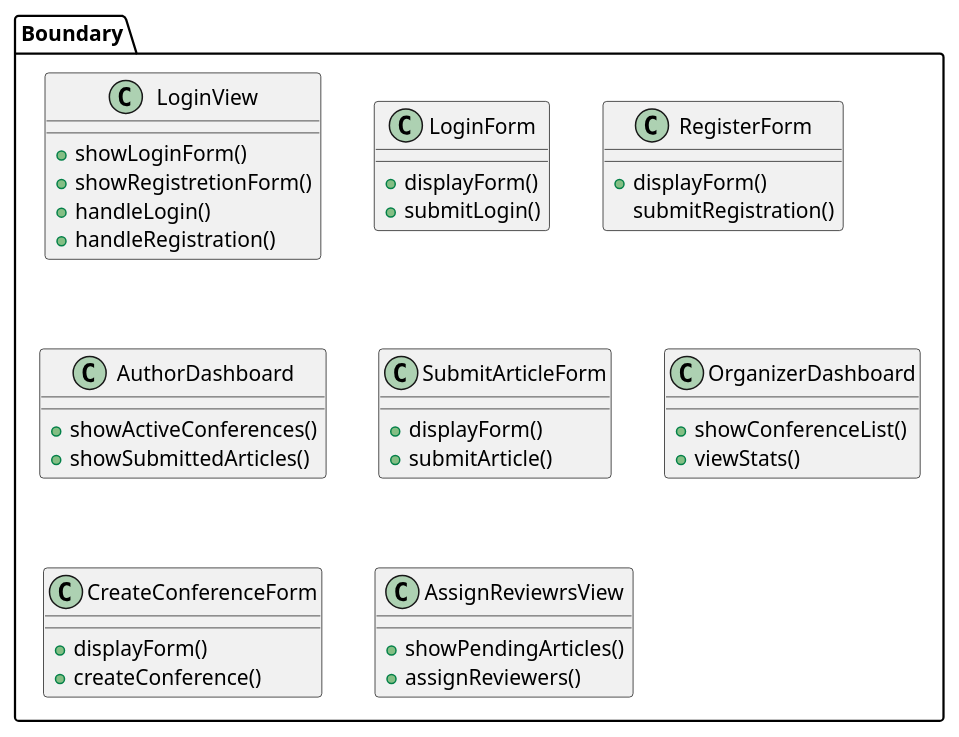
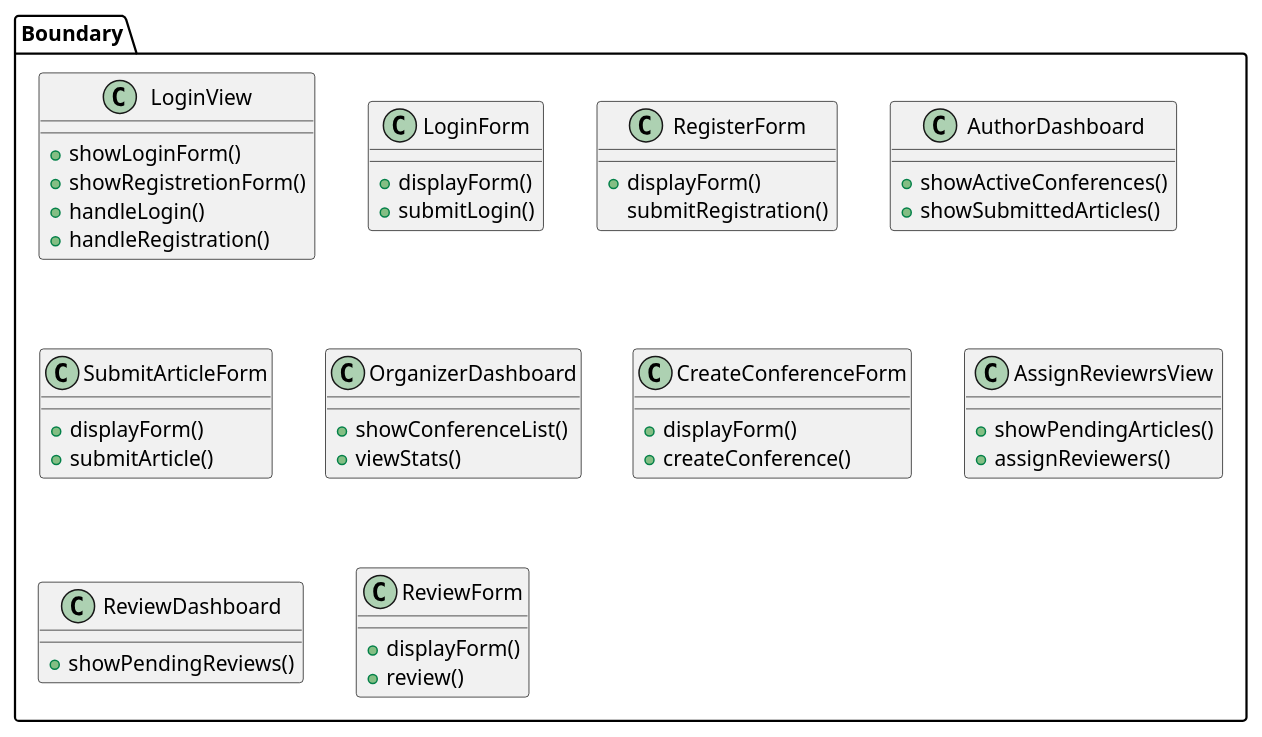
The diagram in VisualParadigm/diagramma_prg_boundary.puml (Air4x/Progetto_ISW), drawn with PlantUML before and after one commit. The commit also changed 1 other file, not shown here.

Commit message:
Modifiche documentazione e Diagramma Boundary

```diff
--- a/VisualParadigm/diagramma_prg_boundary.puml
+++ b/VisualParadigm/diagramma_prg_boundary.puml
@@ -1,44 +1,52 @@
 @startuml
 package Boundary {
   class LoginView {
     + showLoginForm()
     + showRegistretionForm()
     + handleLogin()
     + handleRegistration()
   }
   class LoginForm{
     +displayForm()
     +submitLogin()
   }
   class RegisterForm{
     +displayForm()
     submitRegistration()
   }
   
   class AuthorDashboard {
     + showActiveConferences()
     + showSubmittedArticles()
   }
   
   class SubmitArticleForm {
     + displayForm()
     + submitArticle()
   }
   
   class OrganizerDashboard {
     + showConferenceList()
     + viewStats()
   }
   
   class CreateConferenceForm {
     + displayForm()
     + createConference()
   }
   
   class AssignReviewrsView {
     + showPendingArticles()
     + assignReviewers()
   }
-  
+    
+  class ReviewDashboard {
+    + showPendingReviews()
+  }
+
+  class ReviewForm{
+    +displayForm()
+    +review()
+  }
 }
 @enduml
```
